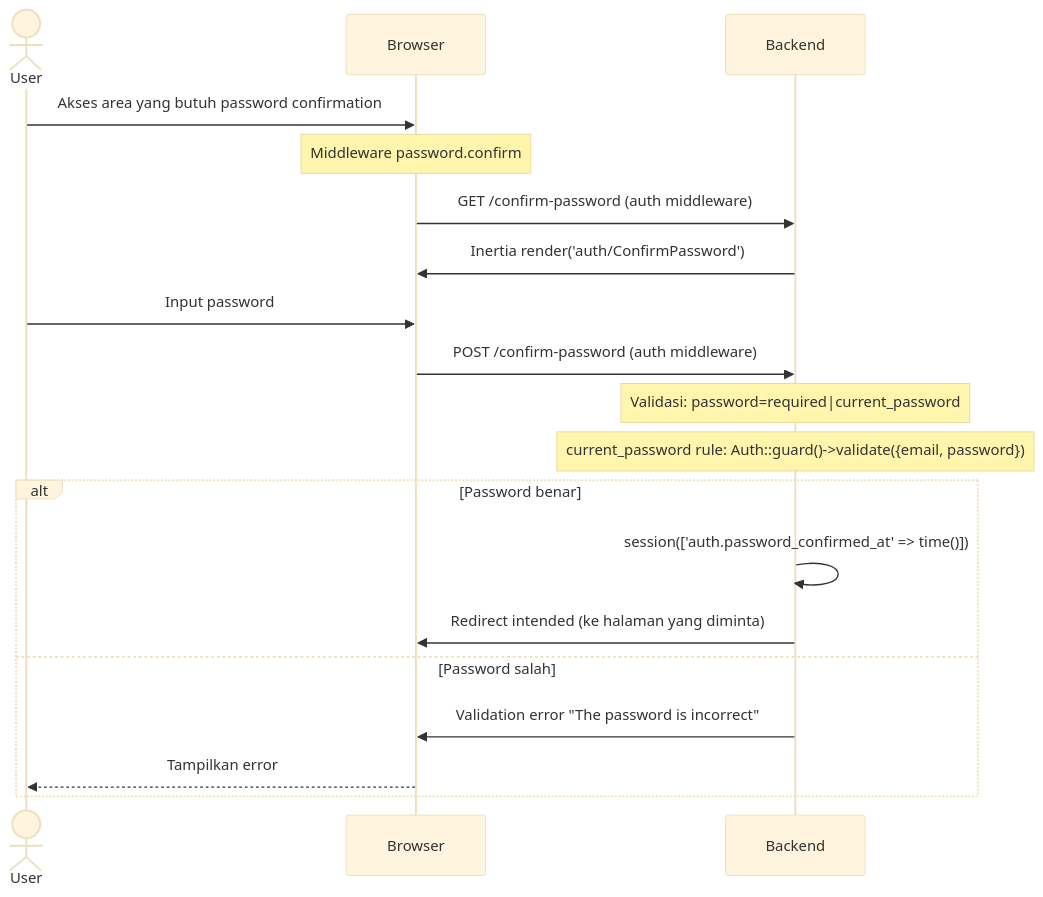
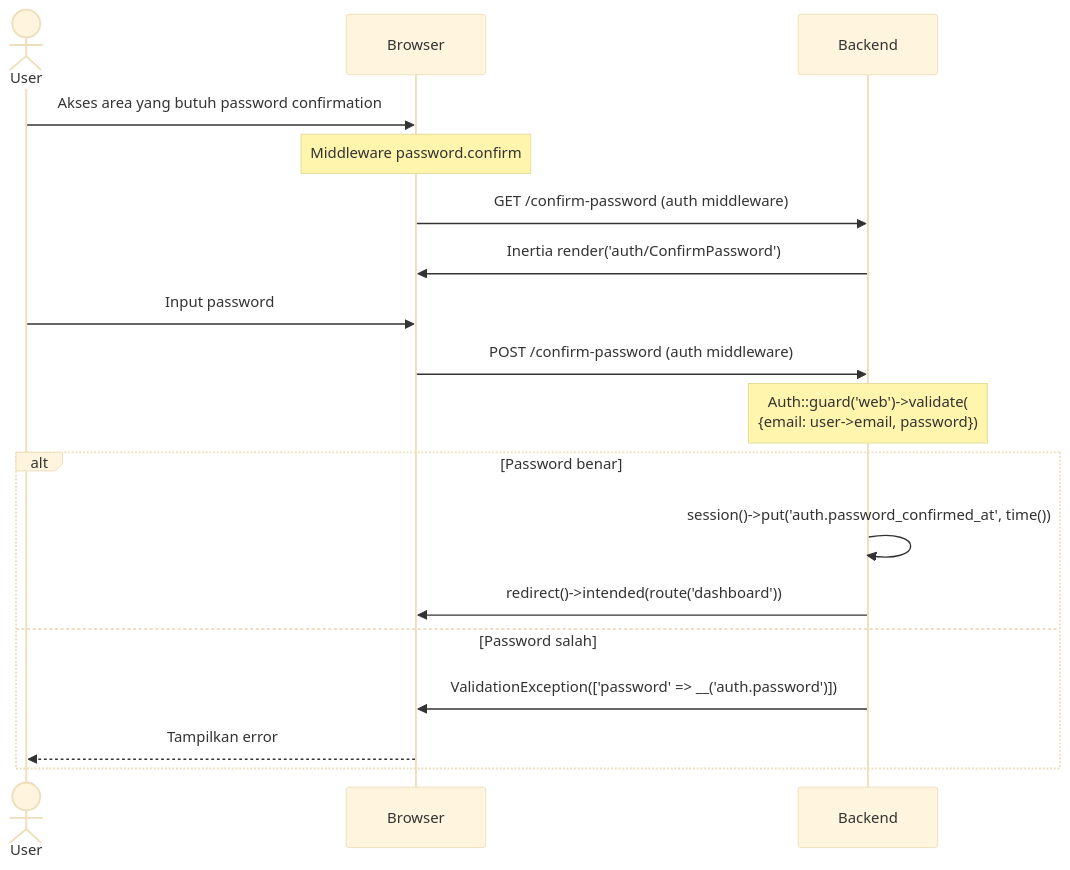
Before and after one commit to priamitra273/laptoplain: the diagram in docs/auth/password-confirmation.md, drawn with Mermaid (base theme). The commit also changed other lines of this file and 14 other files, not shown here.

Commit message:
feat: update validation rules and improve error handling across authentication and task management documentation

````diff
--- a/docs/auth/password-confirmation.md
+++ b/docs/auth/password-confirmation.md
@@ -7,26 +7,25 @@
 ```mermaid
 sequenceDiagram
     actor User
     participant Browser
     participant Backend
 
     User->>Browser: Akses area yang butuh password confirmation
     Note over Browser: Middleware password.confirm
 
     Browser->>Backend: GET /confirm-password (auth middleware)
     Backend->>Browser: Inertia render('auth/ConfirmPassword')
 
     User->>Browser: Input password
     Browser->>Backend: POST /confirm-password (auth middleware)
 
-    Note over Backend: Validasi: password=required|current_password
-    Note over Backend: current_password rule: Auth::guard()->validate({email, password})
+    Note over Backend: Auth::guard('web')->validate(<br/>{email: user->email, password})
 
     alt Password benar
-        Backend->>Backend: session(['auth.password_confirmed_at' => time()])
-        Backend->>Browser: Redirect intended (ke halaman yang diminta)
+        Backend->>Backend: session()->put('auth.password_confirmed_at', time())
+        Backend->>Browser: redirect()->intended(route('dashboard'))
     else Password salah
-        Backend->>Browser: Validation error "The password is incorrect"
+        Backend->>Browser: ValidationException(['password' => __('auth.password')])
         Browser-->>User: Tampilkan error
     end
 ```
````
